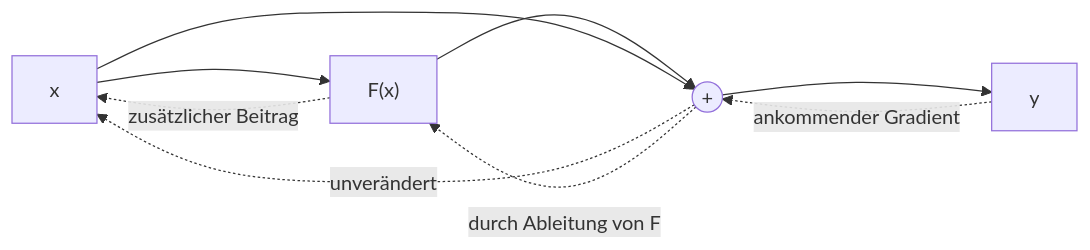
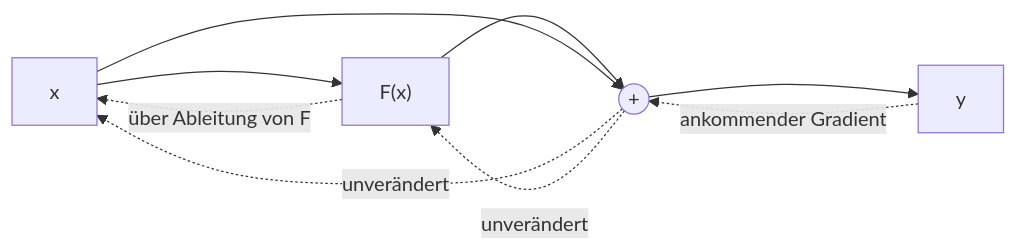
Before and after one commit to iludis52/DQR6_Material: the third of 4 diagrams in M2a_Transformer/Dokumente/Transformer_Lehrbuch.md, drawn with Mermaid. The commit also changed other lines of this file and 2 other files, not shown here.

````diff
--- a/M2a_Transformer/Dokumente/Transformer_Lehrbuch.md
+++ b/M2a_Transformer/Dokumente/Transformer_Lehrbuch.md
@@ -375,9 +408,9 @@
 ```mermaid
 flowchart LR
     X["x"] --> F["F(x)"] --> S(("+")) --> Y["y"]
     X --> S
     Y -. "ankommender Gradient" .-> S
     S -. "unverändert" .-> X
-    S -. "durch Ableitung von F" .-> F
-    F -. "zusätzlicher Beitrag" .-> X
+    S -. "unverändert" .-> F
+    F -. "über Ableitung von F" .-> X
 ```
````
